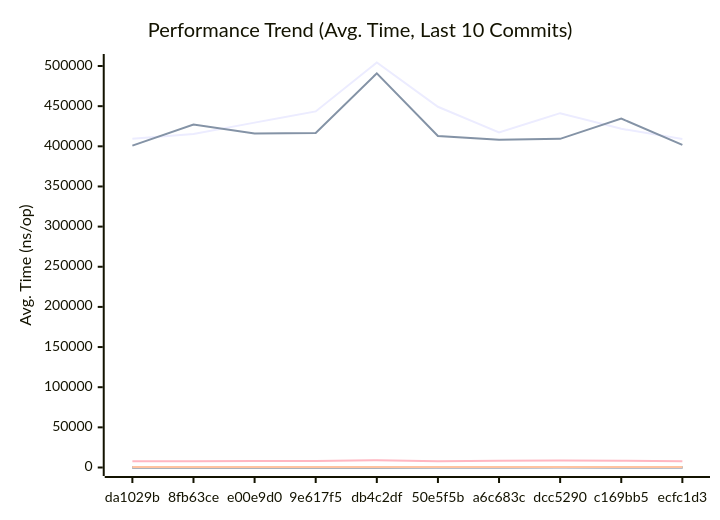
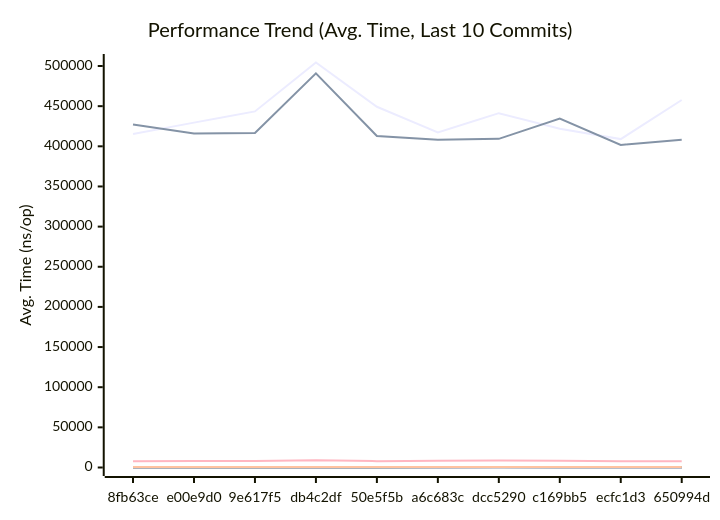
Before and after one commit to alsotoes/momo: the first of 3 diagrams in docs/PERFORMANCE.md, drawn with Mermaid. The commit also changed other lines of this file and 3 other files, not shown here.

````diff
--- a/docs/PERFORMANCE.md
+++ b/docs/PERFORMANCE.md
@@ -145,20 +145,20 @@
 ```mermaid
 xychart-beta
     title "Performance Trend (Avg. Time, Last 10 Commits)"
     x-axis "Commit"
     y-axis "Avg. Time (ns/op)"
-    x-axis [da1029b,8fb63ce,e00e9d0,9e617f5,db4c2df,50e5f5b,a6c683c,dcc5290,c169bb5,ecfc1d3]
-    line "AWSChunkedReaderSigned" [409335,415353,429495,443463,504383,449225,417284,441285,421825,408990]
-    line "AWSChunkedReaderUnsigned" [400921,427097,416046,416589,490906,412879,408069,409317,434524,401783]
-    line "CheckMetricsAndSwap" [7,8,8,7,8,8,8,8,8,8]
-    line "CrushOptimized" [297,293,318,318,375,304,305,316,338,304]
-    line "CrushOriginal" [396,411,411,409,471,434,425,445,417,407]
+    x-axis [8fb63ce,e00e9d0,9e617f5,db4c2df,50e5f5b,a6c683c,dcc5290,c169bb5,ecfc1d3,650994d]
+    line "AWSChunkedReaderSigned" [415353,429495,443463,504383,449225,417284,441285,421825,408990,457655]
+    line "AWSChunkedReaderUnsigned" [427097,416046,416589,490906,412879,408069,409317,434524,401783,408115]
+    line "CheckMetricsAndSwap" [8,8,7,8,8,8,8,8,8,8]
+    line "CrushOptimized" [293,318,318,375,304,305,316,338,304,306]
+    line "CrushOriginal" [411,411,409,471,434,425,445,417,407,394]
     line "IndexDirectTracking" [0,0,0,0,0,0,0,0,0,0]
     line "IndexSearch" [2,2,2,2,2,2,2,2,2,2]
-    line "LoadGlobalConfig" [7743,7862,8049,8138,9117,7890,8368,8771,8344,7742]
-    line "PadString" [38,38,39,39,49,39,40,45,41,40]
+    line "LoadGlobalConfig" [7862,8049,8138,9117,7890,8368,8771,8344,7742,7670]
+    line "PadString" [38,39,39,49,39,40,45,41,40,38]
     line "ParseReplicationOrder_NoPrealloc" [350,349,357,354,345,225,229,165,232,234]
     line "ParseReplicationOrder_Prealloc" [229,231,237,234,229,108,107,80,110,109]
-    line "SanitizeLog/Safe" [213,231,213,222,430,390,419,504,229,396]
-    line "SanitizeLog/Unsafe" [658,674,673,658,601,504,506,501,678,514]
+    line "SanitizeLog/Safe" [231,213,222,430,390,419,504,229,396,398]
+    line "SanitizeLog/Unsafe" [674,673,658,601,504,506,501,678,514,487]
 ```
````
